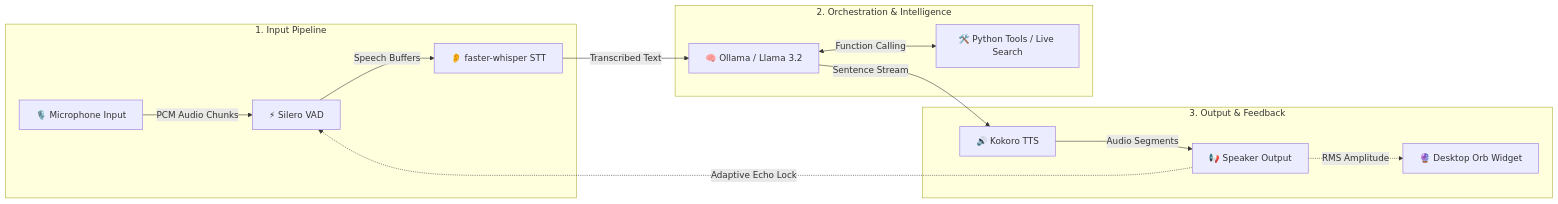
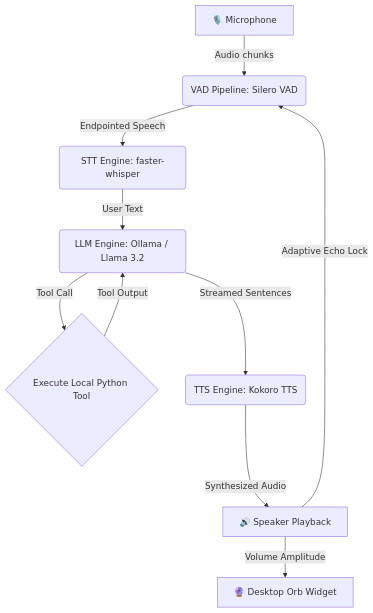
One commit to saikrishnaallam/jarvis_ai changed the diagram in README.md. Above: the diagram before and after it, drawn with Mermaid. The commit also changed other lines of this file, not shown here.

Commit message:
docs: rewrite README in original classic style with clean badges, architecture flow, feature list, and optimizations

````diff
--- a/README.md
+++ b/README.md
@@ -45,19 +18,12 @@
 ```mermaid
-flowchart LR
-    subgraph Input ["1. Input Pipeline"]
-        A[🎙️ Microphone Input] -->|PCM Audio Chunks| B[⚡ Silero VAD]
-        B -->|Speech Buffers| C[👂 faster-whisper STT]
-    end
-
-    subgraph Intelligence ["2. Orchestration & Intelligence"]
-        C -->|Transcribed Text| D[🧠 Ollama / Llama 3.2]
-        D <-->|Function Calling| E[🛠️ Python Tools / Live Search]
-    end
-
-    subgraph Output ["3. Output & Feedback"]
-        D -->|Sentence Stream| F[🔊 Kokoro TTS]
-        F -->|Audio Segments| G[📢 Speaker Output]
-        G -.->|RMS Amplitude| H[🔮 Desktop Orb Widget]
-        G -.->|Adaptive Echo Lock| B
-    end
+graph TD
+    A[🎙️ Microphone] -->|Audio chunks| B(VAD Pipeline: Silero VAD)
+    B -->|Endpointed Speech| C(STT Engine: faster-whisper)
+    C -->|User Text| D(LLM Engine: Ollama / Llama 3.2)
+    D -->|Tool Call| E{Execute Local Python Tool}
+    E -->|Tool Output| D
+    D -->|Streamed Sentences| F(TTS Engine: Kokoro TTS)
+    F -->|Synthesized Audio| G[🔊 Speaker Playback]
+    G -->|Adaptive Echo Lock| B
+    G -->|Volume Amplitude| H[🔮 Desktop Orb Widget]
 ```
````
